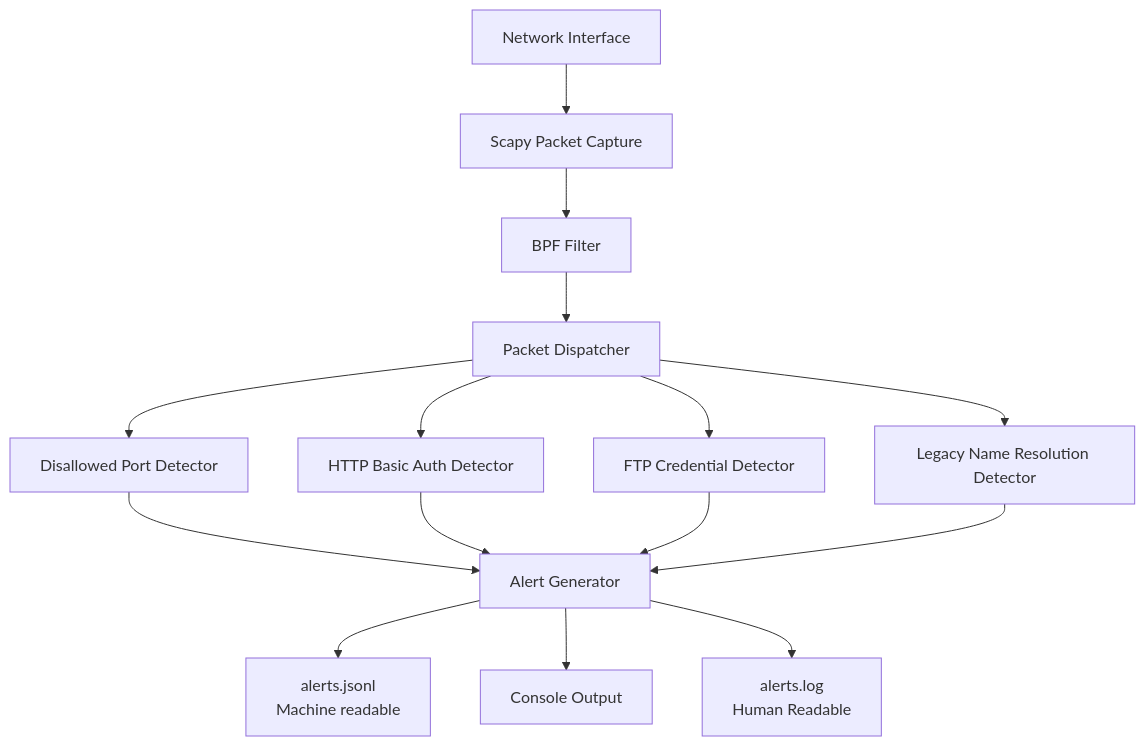
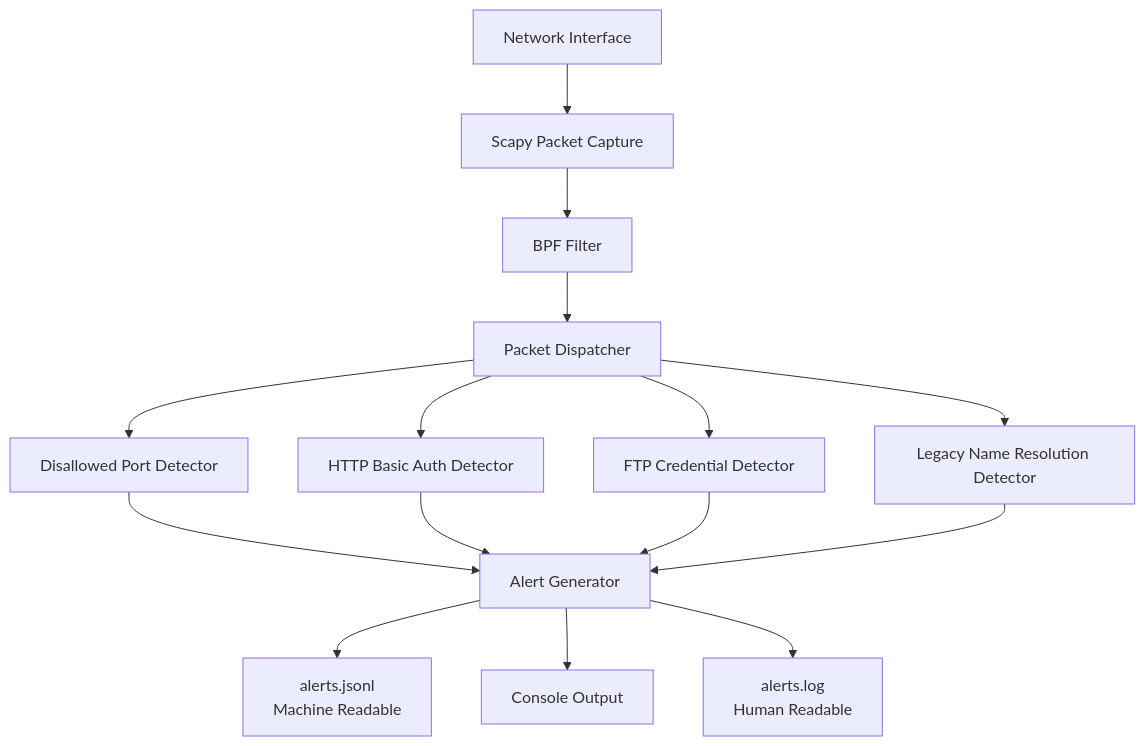
One commit to VenalityXT/SentinelNet changed the diagram in docs/sentinelnet_overview.md. Above: the diagram before and after it, drawn with Mermaid.

````diff
--- a/docs/sentinelnet_overview.md
+++ b/docs/sentinelnet_overview.md
@@ -27,18 +27,18 @@
 ```mermaid
 ---
 config:
   layout: dagre
 ---
 flowchart TB
     A["Network Interface"] --> B["Scapy Packet Capture"]
     B --> C["BPF Filter"]
     C --> D["Packet Dispatcher"]
     D --> E1["Disallowed Port Detector"] & E2["HTTP Basic Auth Detector"] & E3["FTP Credential Detector"] & E4["Legacy Name Resolution Detector"]
     E1 --> F["Alert Generator"]
     E2 --> F
     E3 --> F
     E4 --> F
-    F --> G1["alerts.jsonl<br>Machine readable"] & G2["Console Output"] & G3["alerts.log<br>Human Readable"]
+    F --> G1["alerts.jsonl<br>Machine Readable"] & G2["Console Output"] & G3["alerts.log<br>Human Readable"]
 
     G3@{ shape: rect}
 ```
````
